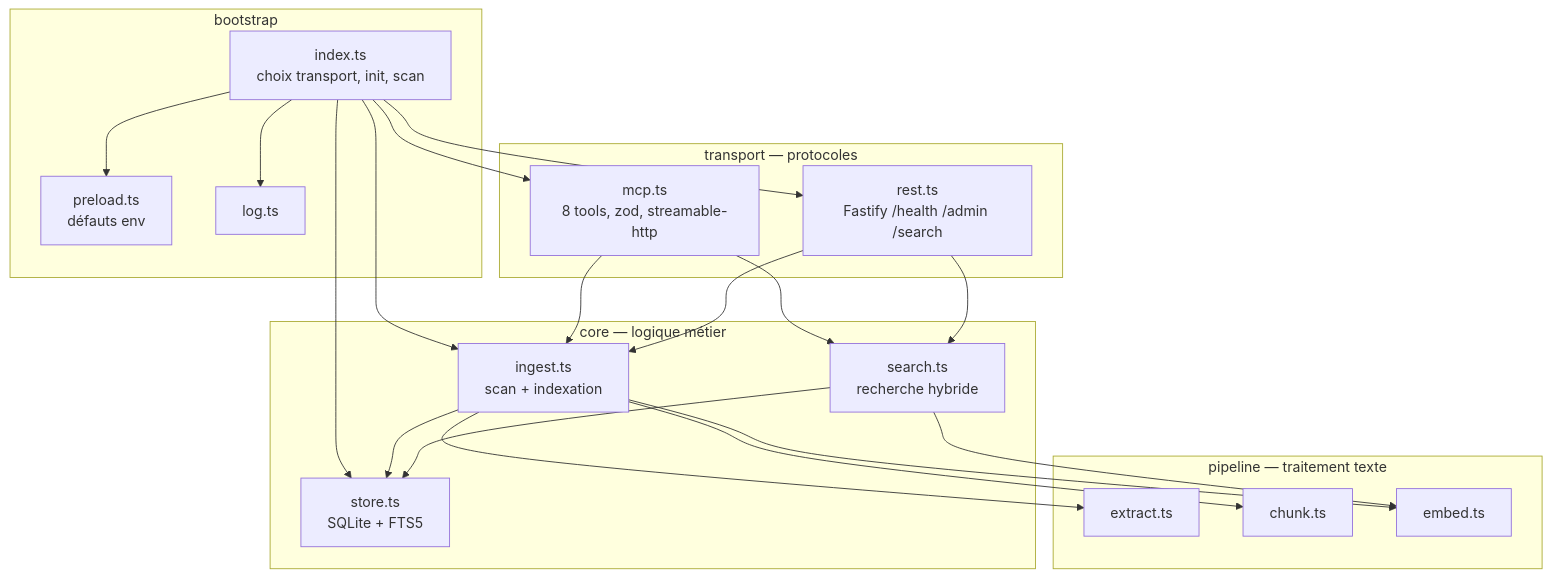
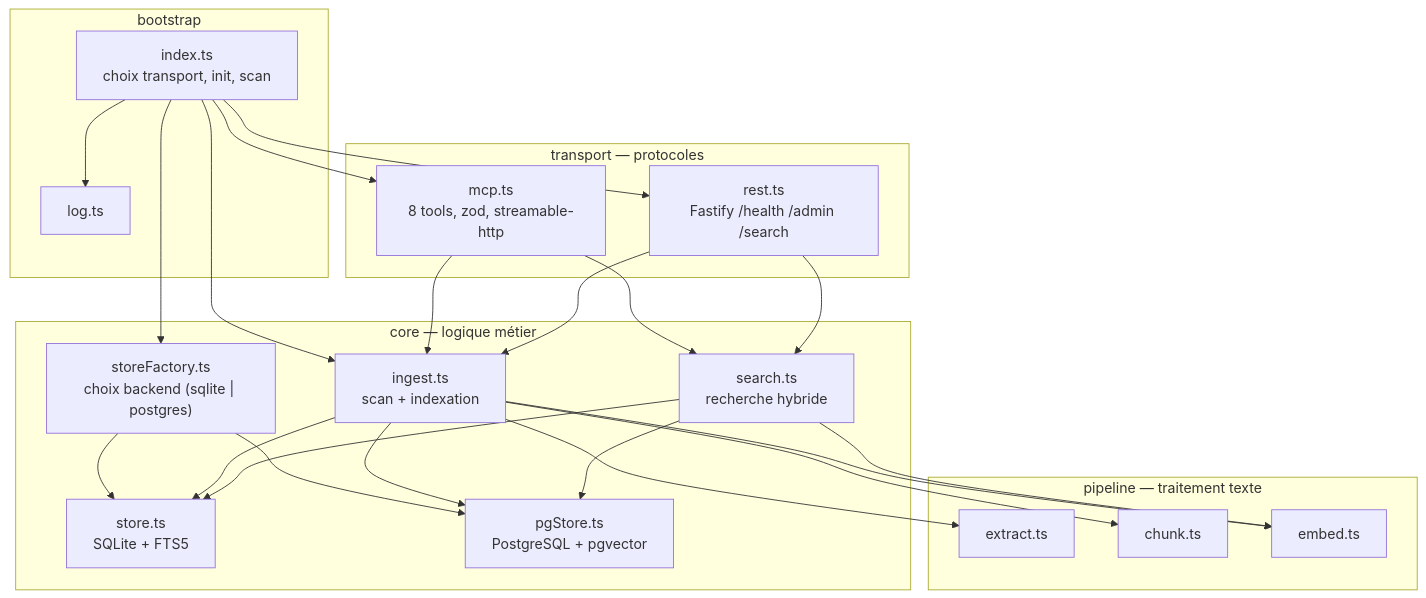
The first of 3 diagrams in docs/guide/architecture.md (openhoat/rag-hub-mcp), drawn with Mermaid before and after one commit. The commit also changed other lines of this file and 29 other files, not shown here.

Commit message:
feat: add pluggable PostgreSQL backend with pgvector

````diff
--- a/docs/guide/architecture.md
+++ b/docs/guide/architecture.md
@@ -9,42 +9,46 @@
 ```mermaid
 graph TD
     subgraph BOOT["bootstrap"]
         INDEX["index.ts<br/>choix transport, init, scan"]
-        PRELOAD["preload.ts<br/>défauts env"]
         LOG["log.ts"]
     end
 
     subgraph TRANSPORT["transport — protocoles"]
         MCP["mcp.ts<br/>8 tools, zod, streamable-http"]
         REST["rest.ts<br/>Fastify /health /admin /search"]
     end
 
     subgraph CORE["core — logique métier"]
+        FACTORY["storeFactory.ts<br/>choix backend (sqlite | postgres)"]
         STORE["store.ts<br/>SQLite + FTS5"]
+        PGSTORE["pgStore.ts<br/>PostgreSQL + pgvector"]
         INGEST["ingest.ts<br/>scan + indexation"]
         SEARCH["search.ts<br/>recherche hybride"]
     end
 
     subgraph PIPELINE["pipeline — traitement texte"]
         EXTRACT["extract.ts"]
         CHUNK["chunk.ts"]
         EMBED["embed.ts"]
     end
 
-    INDEX --> PRELOAD
     INDEX --> LOG
-    INDEX --> STORE
+    INDEX --> FACTORY
+    FACTORY --> STORE
+    FACTORY --> PGSTORE
     INDEX --> INGEST
     INDEX --> MCP
     INDEX --> REST
     MCP --> INGEST
     MCP --> SEARCH
     REST --> INGEST
     REST --> SEARCH
     INGEST --> STORE
+    INGEST --> PGSTORE
     INGEST --> EXTRACT
     INGEST --> CHUNK
     INGEST --> EMBED
     SEARCH --> EMBED
     SEARCH --> STORE
+    SEARCH --> PGSTORE
 ```
````
